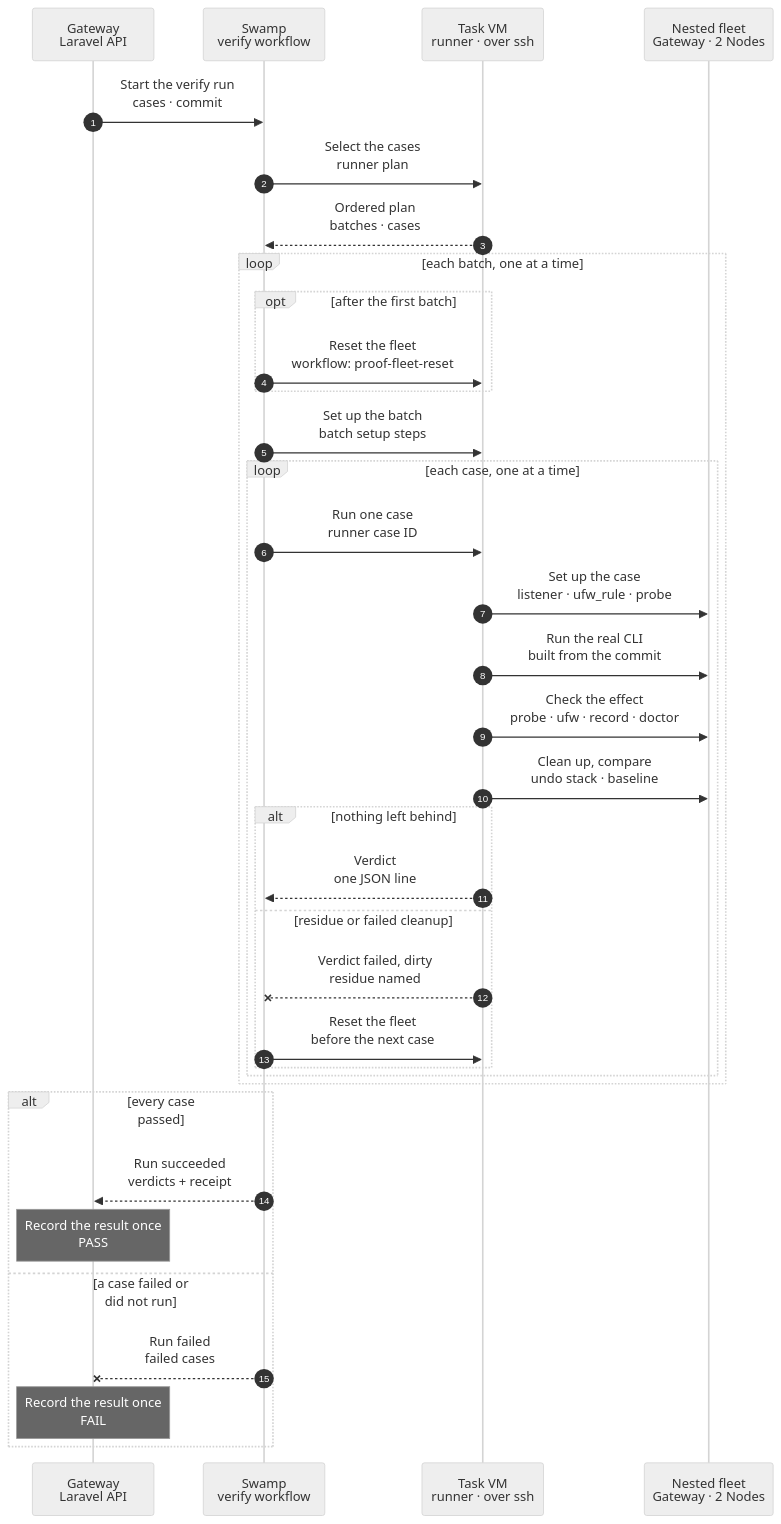
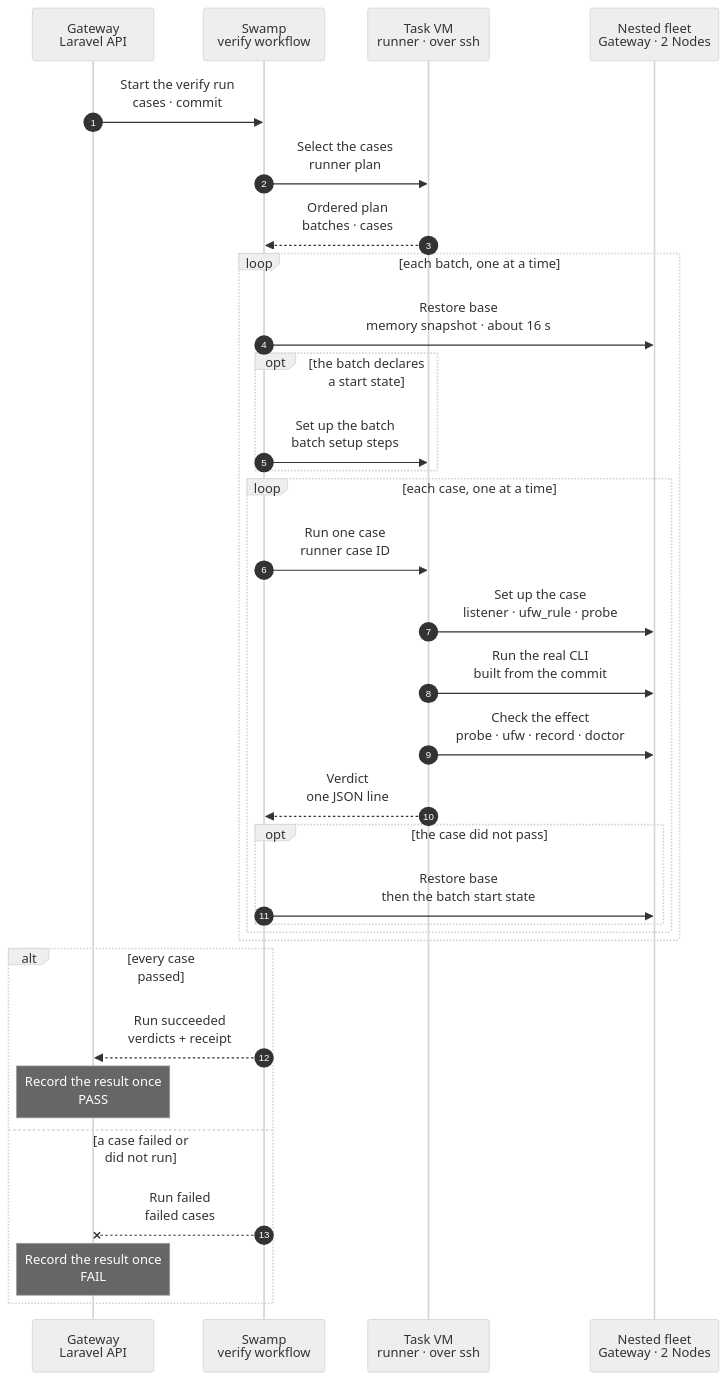
The diagram in docs/reference/pipeline/3-proof-runner.mmd (hardimpactdev/orbit), drawn with Mermaid (neutral theme) before and after one commit. The commit also changed 9 other files, not shown here.

First line of the commit message:
docs: proof stage design with memory snapshots, batches and no undo

```diff
--- a/docs/reference/pipeline/3-proof-runner.mmd
+++ b/docs/reference/pipeline/3-proof-runner.mmd
@@ -1,80 +1,72 @@
 sequenceDiagram
-  %% Target design: the proof runner inside stage 3 of the command development pipeline (design: reference/verification-cases). One shared runner executes the cases of a command; a case is a specification built from a fixed set of steps. Orbit's own Swamp runs the runner over SSH in the task VM, as part of the "Run the proof" child of proof:run. The Gateway only admits the request and records the verdicts.
+  %% Target design: the proof runner inside stage 3 of the command development pipeline (design: reference/verification-cases). One shared runner executes the cases of one command; each batch restores the task's base snapshot once, cases use their own resources and undo nothing, and a case that did not pass triggers a restore; a case is a specification built from a fixed set of steps. Orbit's own Swamp runs the runner over SSH in the task VM, as part of the "Run the proof" child of proof:run. The Gateway only admits the request and records the verdicts.
   %% status: draft
   %% command: development pipeline stage 3 · proof runner
   %% kind: pipeline.3-proof-runner
   autonumber
   %% lane GW icon=gateway pill=intent tone=blue
   %% lane SW icon=workflow pill=executes tone=green
   %% lane VM icon=server pill=target tone=purple
   %% lane NT icon=server pill=fleet tone=amber
   participant GW as Gateway<br/>Laravel API
   participant SW as Swamp<br/>verify workflow
   participant VM as Task VM<br/>runner · over ssh
   participant NT as Nested fleet<br/>Gateway · 2 Nodes
   GW->>SW: Start the verify run<br/>cases · commit
   %%> Inputs:
-  %%> - the commit and the commands whose cases `proof:run` selected
+  %%> - the commit and the one command whose cases run; in CI, `proof:run` proves each affected command separately
   %%> Why:
   %%> - the Gateway only authorizes; Swamp owns the run and its state
   SW->>VM: Select the cases<br/>runner plan
   %%> What it does:
-  %%> - reads the cases file of each selected command at the tested commit
+  %%> - reads the command's cases file at the tested commit
   %%> - refuses a case with an unknown step, an unknown chart path or no batch
   %%> - lists the chart paths, options and codes that no case covers
-  %%> - groups the cases by batch, in the order of the batch list; inside a batch, in file order
+  %%> - groups the cases by batch, in the order of `swamp/proof/batches.yaml`; inside a batch, in file order
   VM-->>SW: Ordered plan<br/>batches · cases
   loop each batch, one at a time
-    opt after the first batch
-      SW->>VM: Reset the fleet<br/>workflow: proof-fleet-reset
-      %%> Why:
-      %%> - the first batch starts on the fresh fleet that the run made
-      %%> - a later batch needs its own starting state, so the fleet returns to the ready copies
+    SW->>NT: Restore base<br/>memory snapshot · about 16 s
+    %%> What it does:
+    %%> - restores the task's stateful snapshot `base` of the three nested VMs; skipped when the fleet is still at `base`, as for the first batch
+    %%> - a restore that fails or is not healthy within 30 s stops the run; the cases that did not run become `unrun` with cause `infrastructure`
+    opt the batch declares a start state
+      SW->>VM: Set up the batch<br/>batch setup steps
+      %%> What it does:
+      %%> - runs the setup steps of the batch, such as extra addresses on the Nodes
     end
-    SW->>VM: Set up the batch<br/>batch setup steps
-    %%> What it does:
-    %%> - runs the setup steps of the batch, such as extra addresses on the Nodes
-    %%> - does nothing for a batch without setup steps
     loop each case, one at a time
       SW->>VM: Run one case<br/>runner case ID
       %%> What it does:
-      %%> - records the baseline: firewall rules, Gateway records, open listeners
       %%> - runs the setup, act and expect steps of the case in order
+      %%> - no undo and no cleanup: the case uses its own resources (free ports, its own listeners, a new Instance), so it does not touch the other cases of the batch
       %%> Result:
       %%> - one verdict line; the full receipt stays in the evidence directory
       VM->>NT: Set up the case<br/>listener · ufw_rule · probe
       %%> What it does:
       %%> - builds the starting state, then probes it, for example a blocked port and a working control port
-      %%> - every created thing registers its undo
       %%> When:
       %%> - a failed setup step ends the case as `unrun`; it is not a pass
       VM->>NT: Run the real CLI<br/>built from the commit
       %%> What it does:
       %%> - the `act` steps call the command through its real interface and check exit status, result code and skip reason
       VM->>NT: Check the effect<br/>probe · ufw · record · doctor
       %%> What it does:
       %%> - the `expect` steps check traffic, rule order, the Gateway record and Doctor
       %%> - every step runs, so one verdict lists all failures
-      VM->>NT: Clean up, compare<br/>undo stack · baseline
-      %%> What it does:
-      %%> - undoes what the case created, last first, even after a failure
-      %%> - compares the fleet with the baseline; a difference is residue
-      alt nothing left behind
-        VM-->>SW: Verdict<br/>one JSON line
-        %%> Returns:
-        %%> - the case id, `passed` or `failed`, the cause, the failed step and the seconds
-      else residue or failed cleanup
-        VM--xSW: Verdict failed, dirty<br/>residue named
-        SW->>VM: Reset the fleet<br/>before the next case
+      VM-->>SW: Verdict<br/>one JSON line
+      %%> Returns:
+      %%> - the case id, `passed`, `failed` (cause `assertion` or `infrastructure`) or `unrun` (cause `precondition`), the failed checks and the seconds
+      opt the case did not pass
+        SW->>NT: Restore base<br/>then the batch start state
         %%> Why:
-        %%> - this is the only reset inside a batch
+        %%> - a failed case can leave anything behind; the next case starts clean
       end
     end
   end
   alt every case passed
     SW-->>GW: Run succeeded<br/>verdicts + receipt
     Note over GW: Record the result once<br/>PASS
   else a case failed or did not run
     SW--xGW: Run failed<br/>failed cases
     Note over GW: Record the result once<br/>FAIL
   end
```
